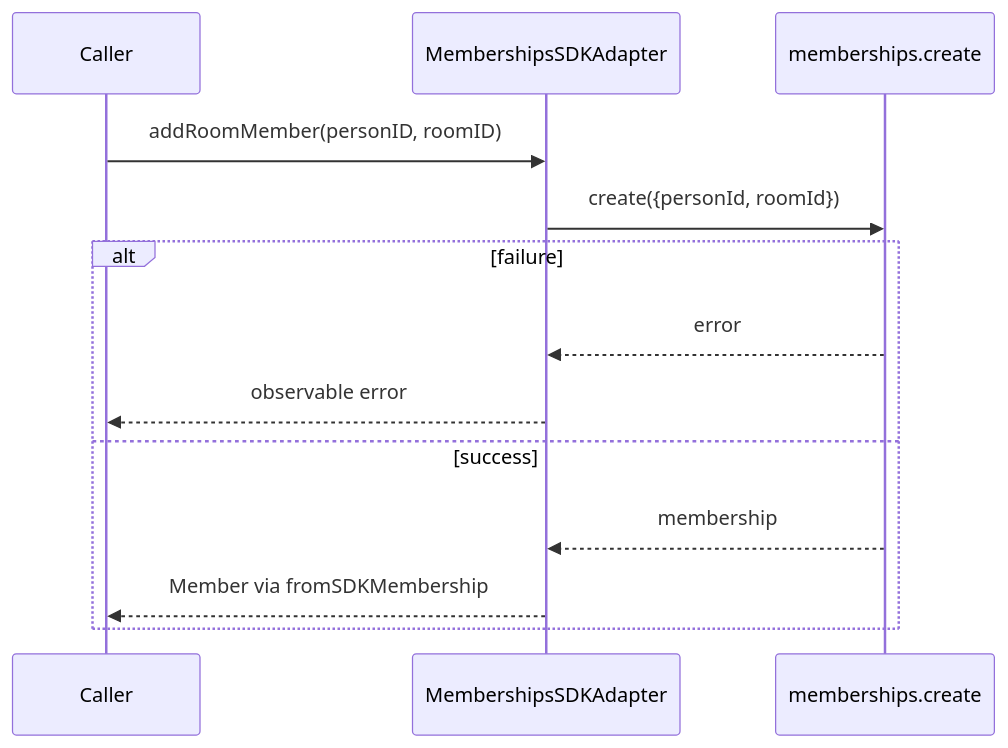
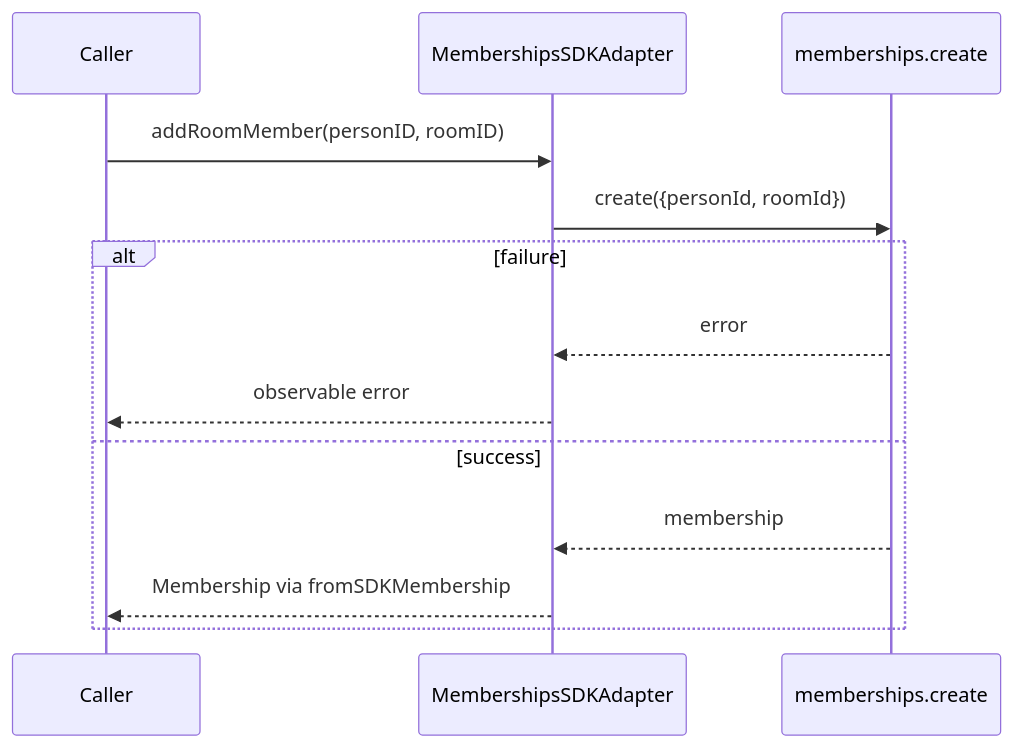
The fifth of 6 diagrams in src/ai-docs/memberships-sdk-adapter-spec.md (webex/sdk-component-adapter), drawn with Mermaid before and after one commit. The commit also changed other lines of this file and 59 other files, not shown here.

````diff
--- a/src/ai-docs/memberships-sdk-adapter-spec.md
+++ b/src/ai-docs/memberships-sdk-adapter-spec.md
@@ -195,16 +197,16 @@
 ```mermaid
 sequenceDiagram
   participant Caller
   participant Adapter as MembershipsSDKAdapter
   participant Mem as memberships.create
 
   Caller->>Adapter: addRoomMember(personID, roomID)
   Adapter->>Mem: create({personId, roomId})
   alt failure
     Mem-->>Adapter: error
     Adapter-->>Caller: observable error
   else success
     Mem-->>Adapter: membership
-    Adapter-->>Caller: Member via fromSDKMembership
+    Adapter-->>Caller: Membership via fromSDKMembership
   end
 ```
````
